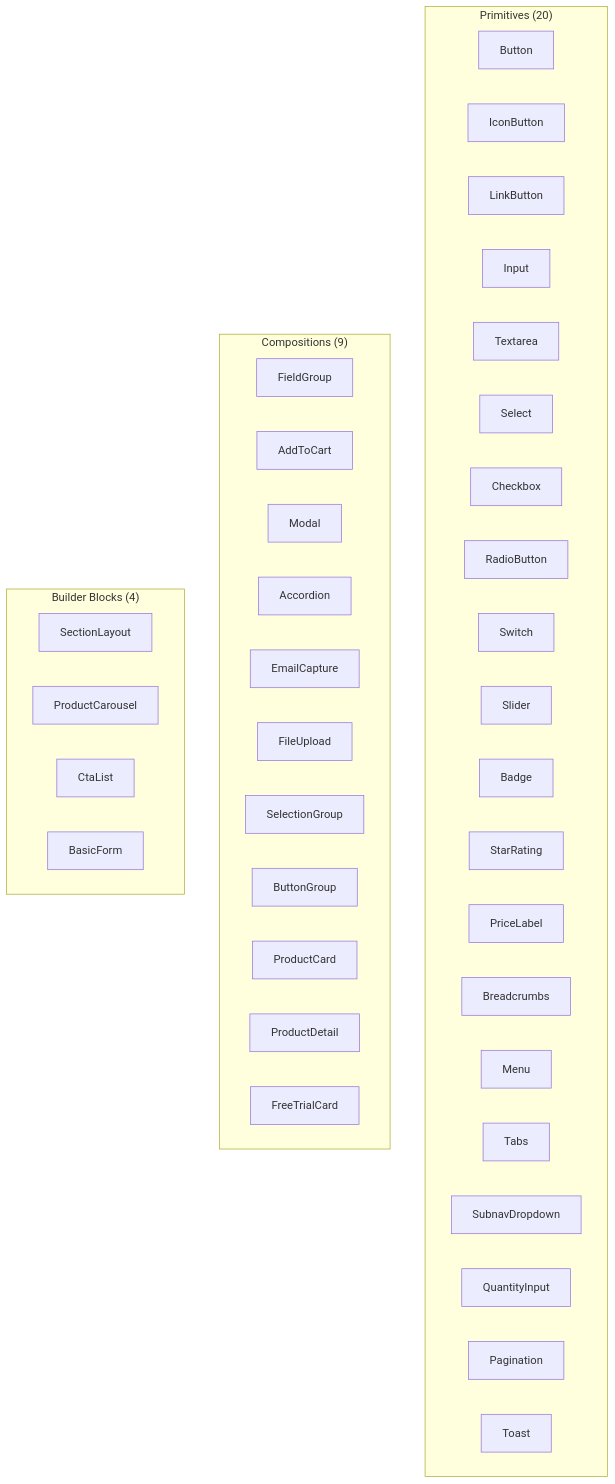
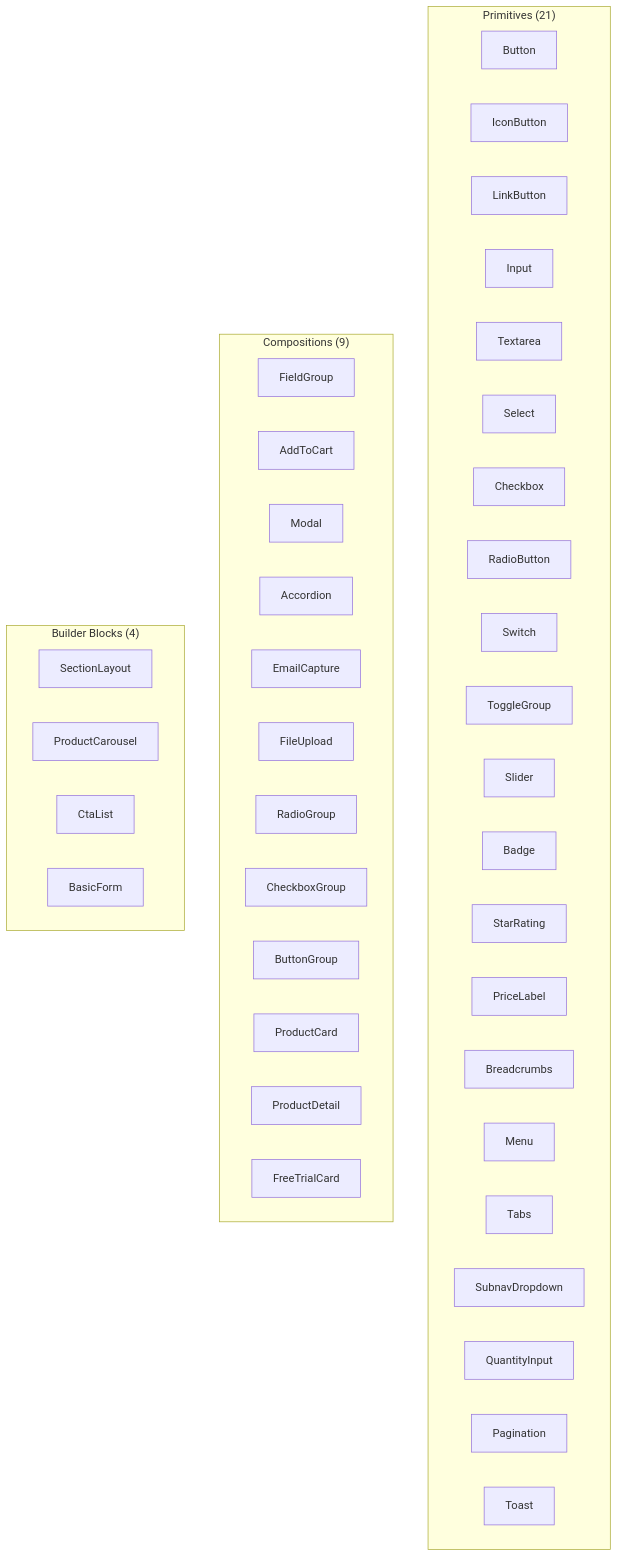
Before and after one commit to calebn/design-system-theme-evolution: the first of 2 diagrams in inventory/docs/08-taxonomy.md, drawn with Mermaid. The commit also changed other lines of this file and 12 other files, not shown here.

Commit message:
Split SelectionGroup into ToggleGroup, RadioGroup, and CheckboxGroup with focused semantics.

````diff
--- a/inventory/docs/08-taxonomy.md
+++ b/inventory/docs/08-taxonomy.md
@@ -17,44 +17,46 @@
 ```mermaid
 graph TD
-  subgraph primitives ["Primitives (20)"]
+  subgraph primitives ["Primitives (21)"]
     Button["Button"]
     IconButton["IconButton"]
     LinkButton["LinkButton"]
     Input["Input"]
     Textarea["Textarea"]
     Select["Select"]
     Checkbox["Checkbox"]
     RadioButton["RadioButton"]
     Switch["Switch"]
+    ToggleGroup["ToggleGroup"]
     Slider["Slider"]
     Badge["Badge"]
     StarRating["StarRating"]
     PriceLabel["PriceLabel"]
     Breadcrumbs["Breadcrumbs"]
     Menu["Menu"]
     Tabs["Tabs"]
     SubnavDropdown["SubnavDropdown"]
     QuantityInput["QuantityInput"]
     Pagination["Pagination"]
     Toast["Toast"]
   end
   subgraph compositions ["Compositions (9)"]
     FieldGroup["FieldGroup"]
     AddToCart["AddToCart"]
     Modal["Modal"]
     Accordion["Accordion"]
     EmailCapture["EmailCapture"]
     FileUpload["FileUpload"]
-    SelectionGroup["SelectionGroup"]
+    RadioGroup["RadioGroup"]
+    CheckboxGroup["CheckboxGroup"]
     ButtonGroup["ButtonGroup"]
     ProductCard["ProductCard"]
     ProductDetail["ProductDetail"]
     FreeTrialCard["FreeTrialCard"]
   end
   subgraph builderBlocks ["Builder Blocks (4)"]
     SectionLayout["SectionLayout"]
     ProductCarousel["ProductCarousel"]
     CtaList["CtaList"]
     BasicForm["BasicForm"]
   end
 ```
````
